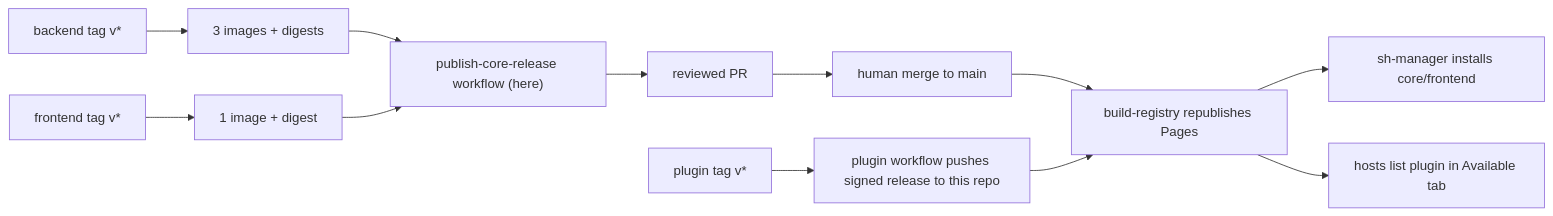
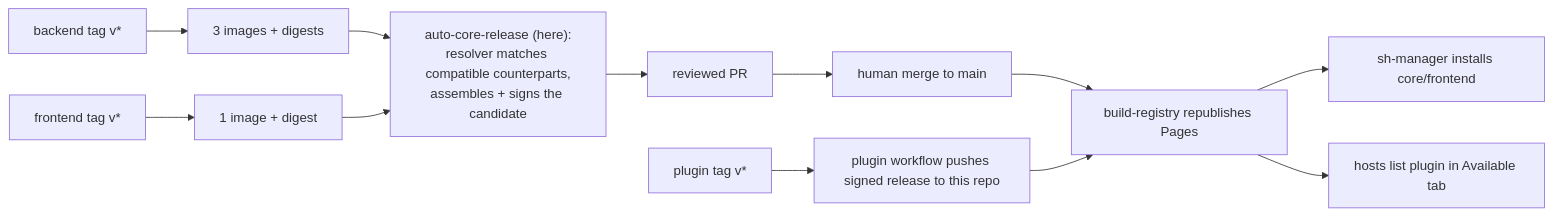
Before and after one commit to humdek-unibe-ch/sh2-plugin-registry: the diagram in docs/operations/release-runbook.md, drawn with Mermaid. The commit also changed other lines of this file and 7 other files, not shown here.

First line of the commit message:
feat(auto-release): resolver + workflow for automatic core/frontend candidates

````diff
--- a/docs/operations/release-runbook.md
+++ b/docs/operations/release-runbook.md
@@ -37,12 +37,12 @@
 ```mermaid
 flowchart LR
   bt["backend tag v*"] --> bi["3 images + digests"]
   ft["frontend tag v*"] --> fi["1 image + digest"]
-  bi --> wf["publish-core-release workflow (here)"]
-  fi --> wf
-  wf --> pr["reviewed PR"] --> merge["human merge to main"]
+  bi --> auto["auto-core-release (here):<br/>resolver matches compatible counterparts,<br/>assembles + signs the candidate"]
+  fi --> auto
+  auto --> pr["reviewed PR"] --> merge["human merge to main"]
   merge --> pages["build-registry republishes Pages"]
   pt["plugin tag v*"] --> pp["plugin workflow pushes signed release to this repo"] --> pages
   pages --> mgr["sh-manager installs core/frontend"]
   pages --> host["hosts list plugin in Available tab"]
 ```
````
